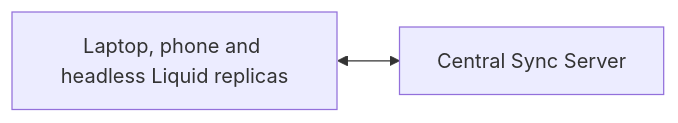
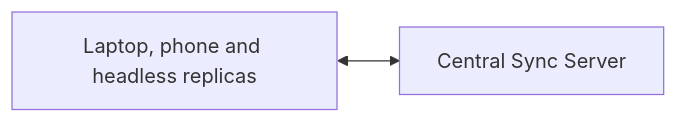
One commit to Open-Equilibrium/watershed changed the first of 2 diagrams in VISION.md. Above: the diagram before and after it, drawn with Mermaid. The commit also changed other lines of this file and 17 other files, not shown here.

First line of the commit message:
docs: name agent hosts and headless replicas once and fix stale facts (#58)

````diff
--- a/VISION.md
+++ b/VISION.md
@@ -45,4 +45,4 @@
 ```mermaid
 flowchart LR
-  LR["Laptop, phone and headless Liquid replicas"] <--> SS["Central Sync Server"]
+  LR["Laptop, phone and headless replicas"] <--> SS["Central Sync Server"]
 ```
````
